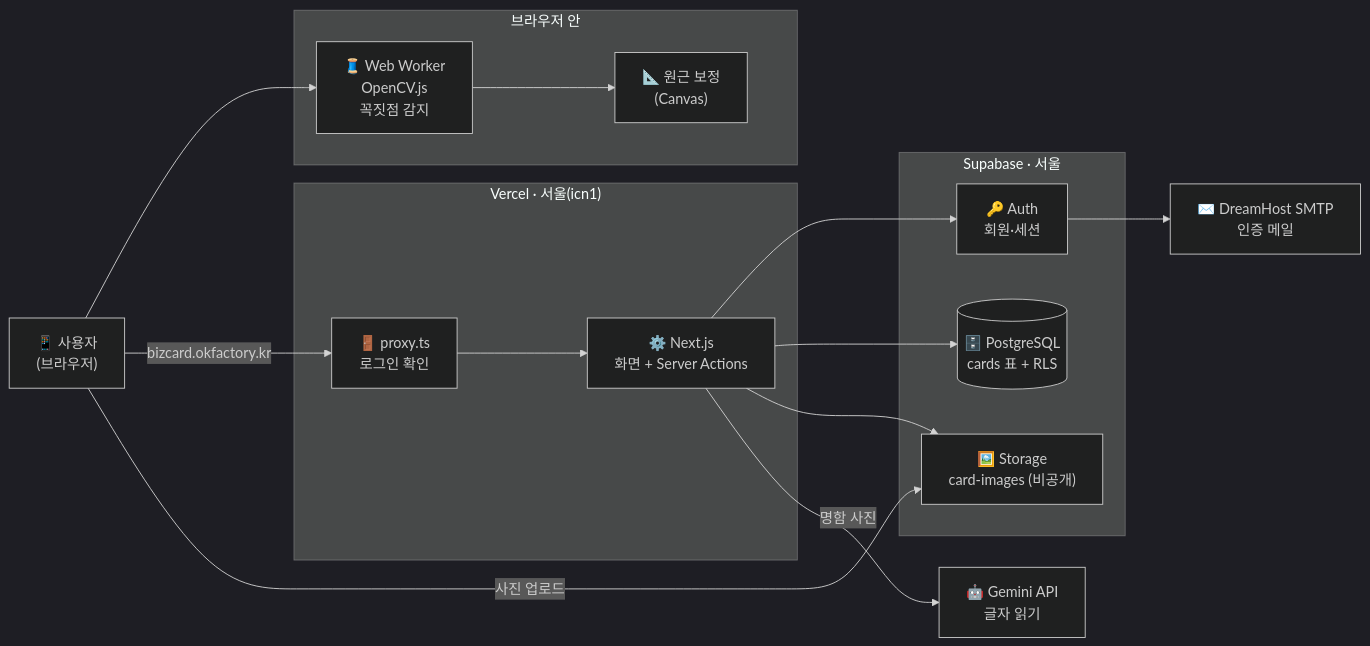
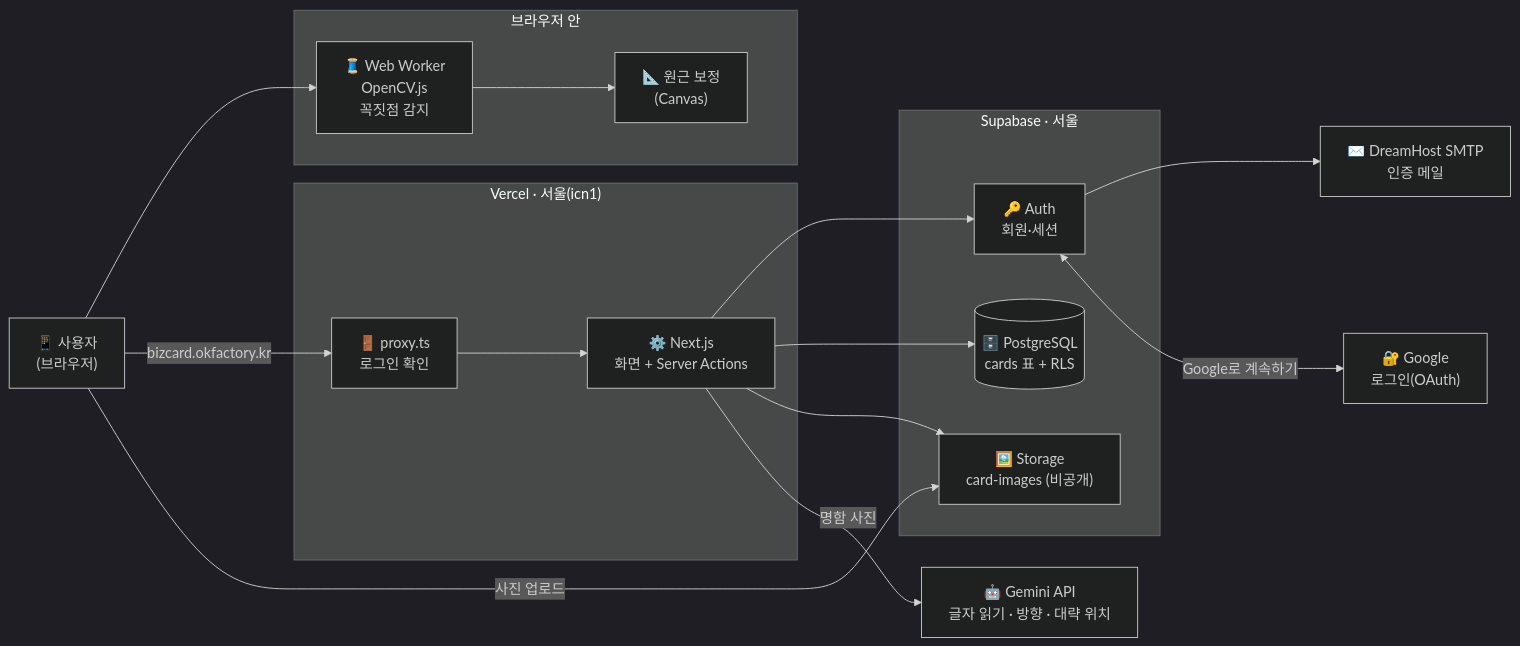
Before and after one commit to ms1968-park/bizcard: the first of 2 diagrams in README.md, drawn with Mermaid (dark theme). The commit also changed other lines of this file and 16 other files, not shown here.

````diff
--- a/README.md
+++ b/README.md
@@ -119,32 +121,34 @@
 ```mermaid
 flowchart LR
     U["📱 사용자<br/>(브라우저)"]
 
     subgraph Browser["브라우저 안"]
         W["🧵 Web Worker<br/>OpenCV.js<br/>꼭짓점 감지"]
         P["📐 원근 보정<br/>(Canvas)"]
     end
 
     subgraph Vercel["Vercel · 서울(icn1)"]
         X["🚪 proxy.ts<br/>로그인 확인"]
         N["⚙️ Next.js<br/>화면 + Server Actions"]
     end
 
     subgraph Supabase["Supabase · 서울"]
         A["🔑 Auth<br/>회원·세션"]
         D[("🗄️ PostgreSQL<br/>cards 표 + RLS")]
         S["🖼️ Storage<br/>card-images (비공개)"]
     end
 
-    G["🤖 Gemini API<br/>글자 읽기"]
+    G["🤖 Gemini API<br/>글자 읽기 · 방향 · 대략 위치"]
+    O["🔐 Google<br/>로그인(OAuth)"]
     M["✉️ DreamHost SMTP<br/>인증 메일"]
 
     U --> W --> P
     U -- "bizcard.okfactory.kr" --> X --> N
     U -- "사진 업로드" --> S
     N --> A
     N --> D
     N --> S
     N -- "명함 사진" --> G
     A --> M
+    A <-->|"Google로 계속하기"| O
 ```
````
